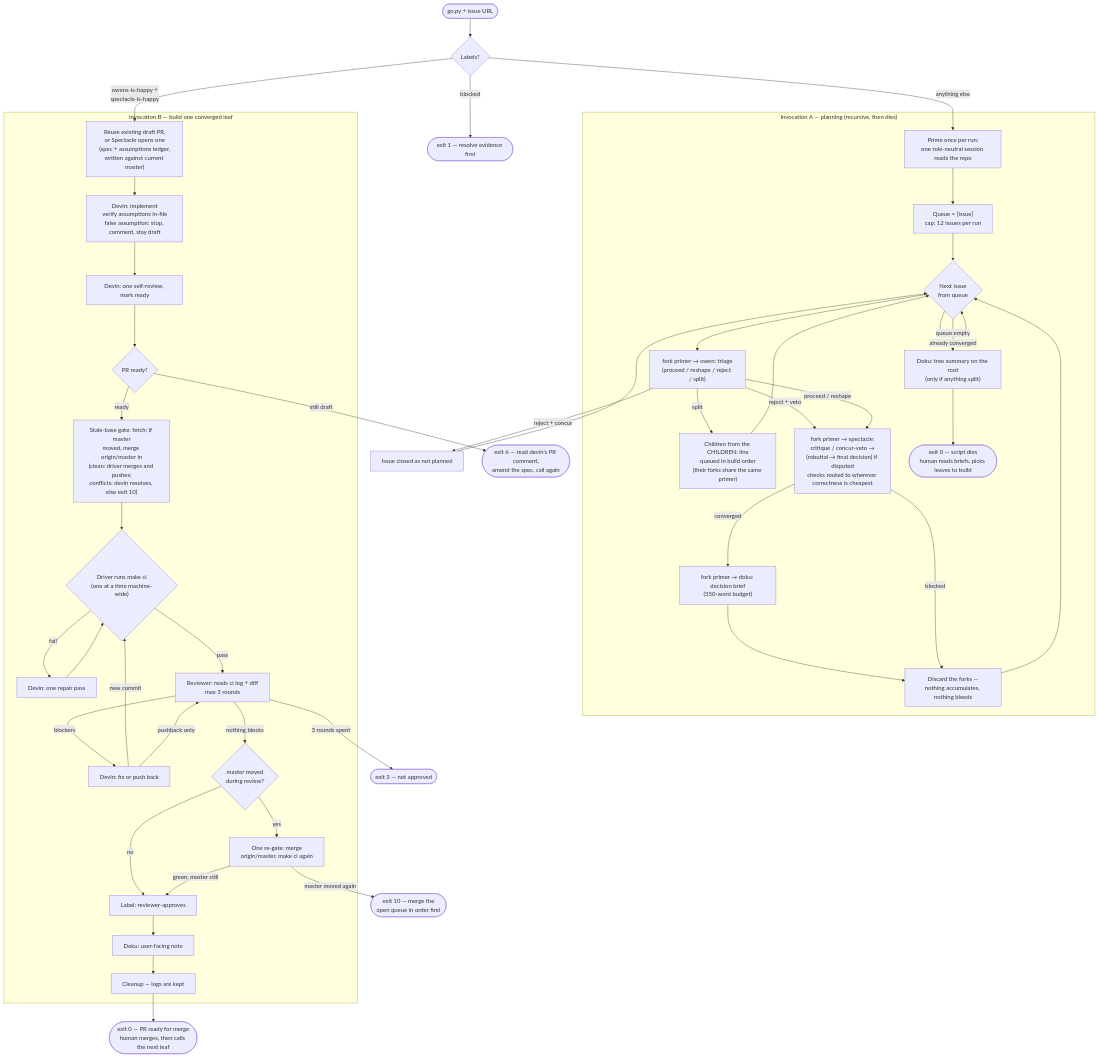
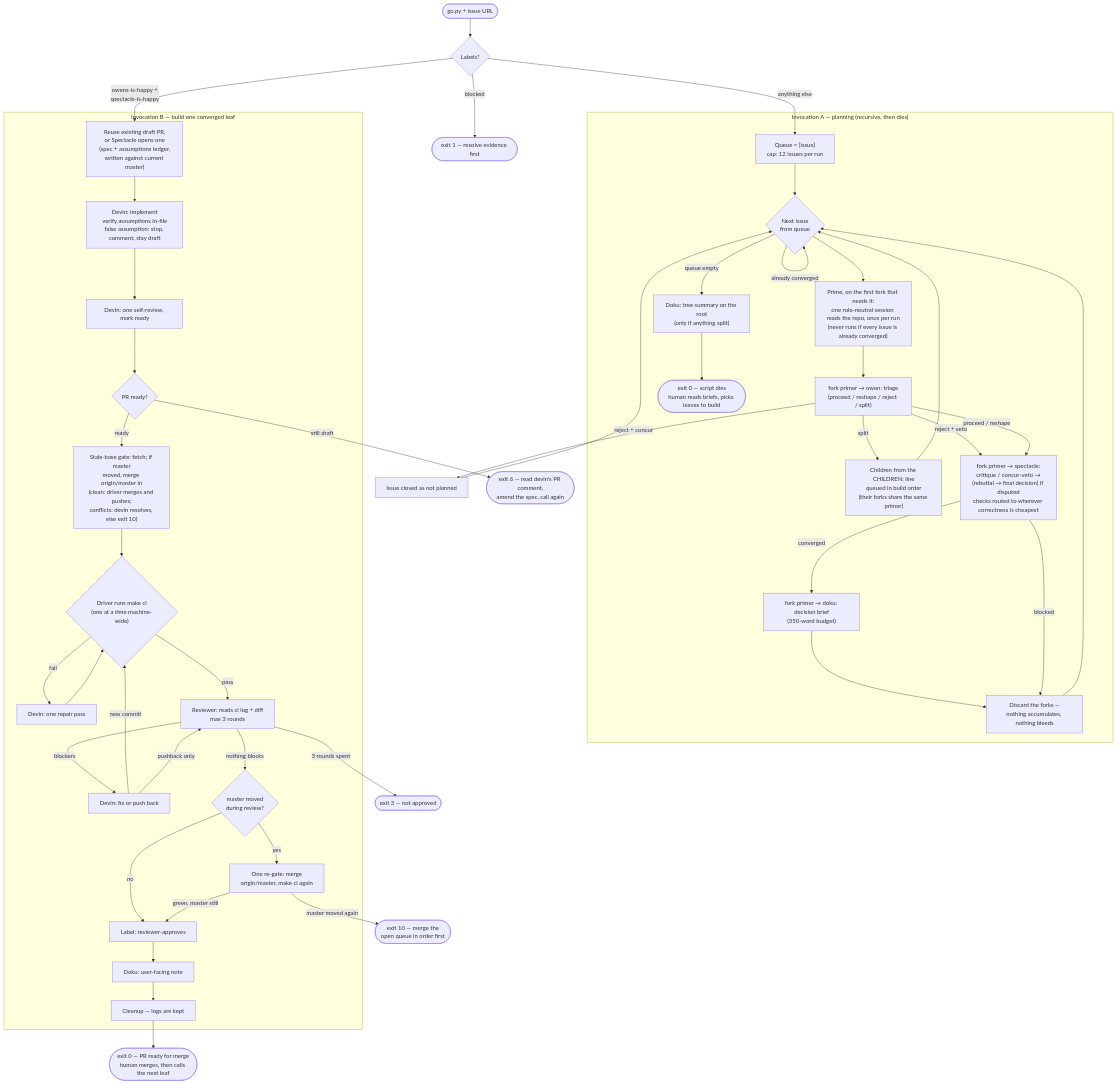
Before and after one commit to gabepsilva/agents-army-2: the diagram in examples/gabriels_workflow_v5/flow.md, drawn with Mermaid. The commit also changed other lines of this file and 2 other files, not shown here.

Commit message:
Prime on the first fork that needs it, not up front

````diff
--- a/examples/gabriels_workflow_v5/flow.md
+++ b/examples/gabriels_workflow_v5/flow.md
@@ -8,64 +8,64 @@
 ```mermaid
 flowchart TD
     START(["go.py + issue URL"]) --> ROUTE{"Labels?"}
     ROUTE -- "blocked" --> RB(["exit 1 — resolve evidence first"])
     ROUTE -- "owens-is-happy +<br>spectacle-is-happy" --> BUILD0
-    ROUTE -- "anything else" --> PRIME
+    ROUTE -- "anything else" --> PQ
 
     subgraph PLAN["Invocation A — planning (recursive, then dies)"]
-        PRIME["Prime once per run:<br>one role-neutral session reads the repo"]
         PQ["Queue = [issue]<br>cap: 12 issues per run"]
+        PRIME["Prime, on the first fork that needs it:<br>one role-neutral session reads the repo, once per run<br>(never runs if every issue is already converged)"]
         NEXT{"Next issue<br>from queue"}
         TRI["fork primer → owen: triage<br>(proceed / reshape / reject / split)"]
         SPLITN["Children from the CHILDREN: line<br>queued in build order<br>(their forks share the same primer)"]
         DEB["fork primer → spectacle:<br>critique / concur-veto →<br>(rebuttal → final decision) if disputed<br>checks routed to wherever correctness is cheapest"]
         BRIEF["fork primer → doku: decision brief<br>(350-word budget)"]
         DISC["Discard the forks —<br>nothing accumulates, nothing bleeds"]
         SUMM["Doku: tree summary on the root<br>(only if anything split)"]
         REPORT(["exit 0 — script dies<br>human reads briefs, picks leaves to build"])
     end
 
-    PRIME --> PQ --> NEXT
+    PQ --> NEXT
     NEXT -- "already converged" --> NEXT
-    NEXT --> TRI
+    NEXT --> PRIME --> TRI
     TRI -- "split" --> SPLITN --> NEXT
     TRI -- "reject + concur" --> CLOSED["Issue closed as not planned"] --> NEXT
     TRI -- "reject + veto" --> DEB
     TRI -- "proceed / reshape" --> DEB
     DEB -- "converged" --> BRIEF --> DISC --> NEXT
     DEB -- "blocked" --> DISC
     NEXT -- "queue empty" --> SUMM --> REPORT
 
     subgraph BUILDP["Invocation B — build one converged leaf"]
         BUILD0["Reuse existing draft PR,<br>or Spectacle opens one<br>(spec + assumptions ledger,<br>written against current master)"]
         Q["Devin: implement<br>verify assumptions in-file<br>false assumption: stop, comment, stay draft"]
         R["Devin: one self-review, mark ready"]
         DR{"PR ready?"}
         SY["Stale-base gate: fetch; if master<br>moved, merge origin/master in<br>(clean: driver merges and pushes;<br>conflicts: devin resolves, else exit 10)"]
         S{"Driver runs make ci<br>(one at a time machine-wide)"}
         T["Devin: one repair pass"]
         U["Reviewer: reads ci log + diff<br>max 3 rounds"]
         V["Devin: fix or push back"]
         SY2{"master moved<br>during review?"}
         REGATE["One re-gate: merge<br>origin/master, make ci again"]
         W["Label: reviewer-approves"]
         X["Doku: user-facing note"]
         Y["Cleanup — logs are kept"]
     end
 
     BUILD0 --> Q --> R --> DR
     DR -- "still draft" --> EXIT6(["exit 6 — read devin's PR comment,<br>amend the spec, call again"])
     DR -- "ready" --> SY --> S
     S -- "fail" --> T --> S
     S -- "pass" --> U
     U -- "blockers" --> V
     V -- "new commit" --> S
     V -- "pushback only" --> U
     U -- "nothing blocks" --> SY2
     SY2 -- "no" --> W
     SY2 -- "yes" --> REGATE
     REGATE -- "green, master still" --> W
     REGATE -- "master moved again" --> EXIT10(["exit 10 — merge the<br>open queue in order first"])
     W --> X --> Y --> DONE(["exit 0 — PR ready for merge<br>human merges, then calls the next leaf"])
     U -- "3 rounds spent" --> FAIL3(["exit 3 — not approved"])
 ```
````
